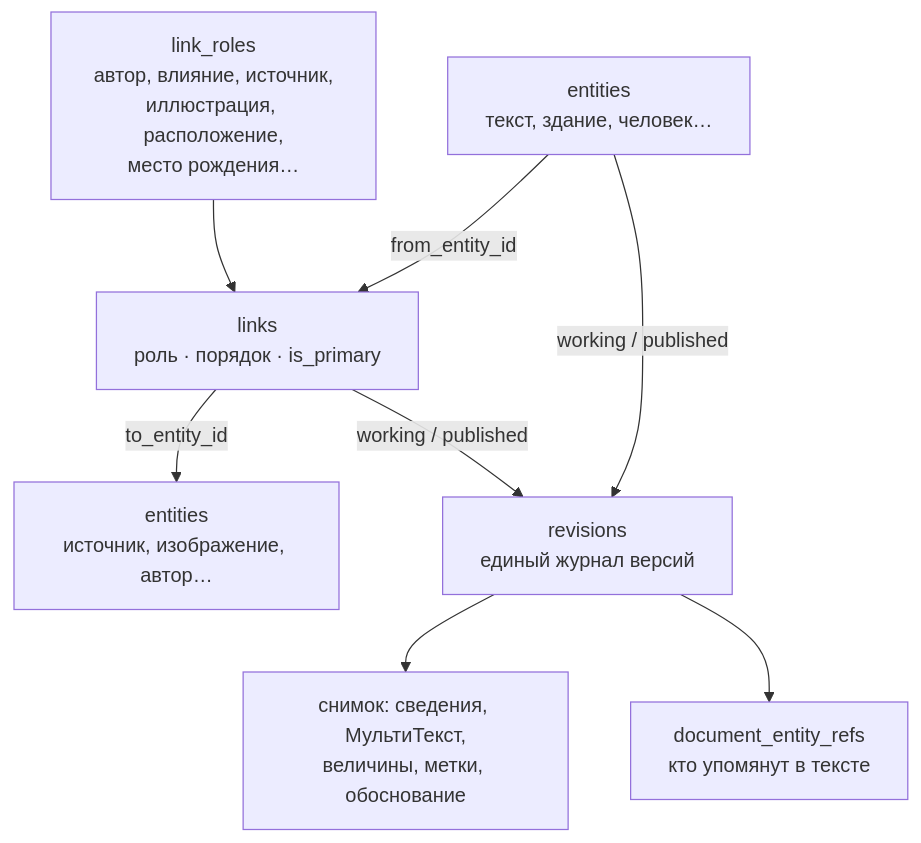
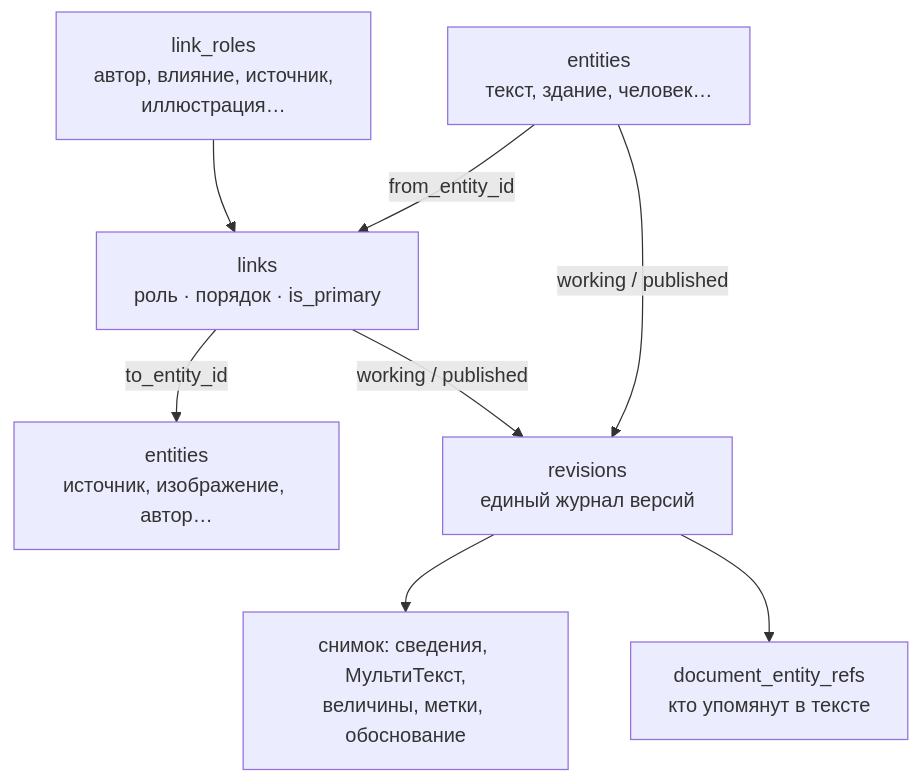
One commit to softom/2vhutemas2 changed the second of 3 diagrams in WIKI/Схема данных — единая диаграмма.md. Above: the diagram before and after it, drawn with Mermaid. The commit also changed other lines of this file and 1 other file, not shown here.

Commit message:
Р-85 исправлено: отношение к месту — параметр записи со ссылкой на место, связь не расширяется

````diff
--- a/WIKI/Схема данных — единая диаграмма.md
+++ b/WIKI/Схема данных — единая диаграмма.md
@@ -37,10 +38,10 @@
 ```mermaid
 flowchart TD
     E1["entities<br/>текст, здание, человек…"] -->|"from_entity_id"| L["links<br/>роль · порядок · is_primary"]
     L -->|"to_entity_id"| E2["entities<br/>источник, изображение, автор…"]
-    LR["link_roles<br/>автор, влияние, источник,<br/>иллюстрация, расположение,<br/>место рождения…"] --> L
+    LR["link_roles<br/>автор, влияние, источник,<br/>иллюстрация…"] --> L
     E1 -->|"working / published"| R["revisions<br/>единый журнал версий"]
     L -->|"working / published"| R
     R --> S["снимок: сведения, МультиТекст,<br/>величины, метки, обоснование"]
     R --> DR["document_entity_refs<br/>кто упомянут в тексте"]
 ```
````
